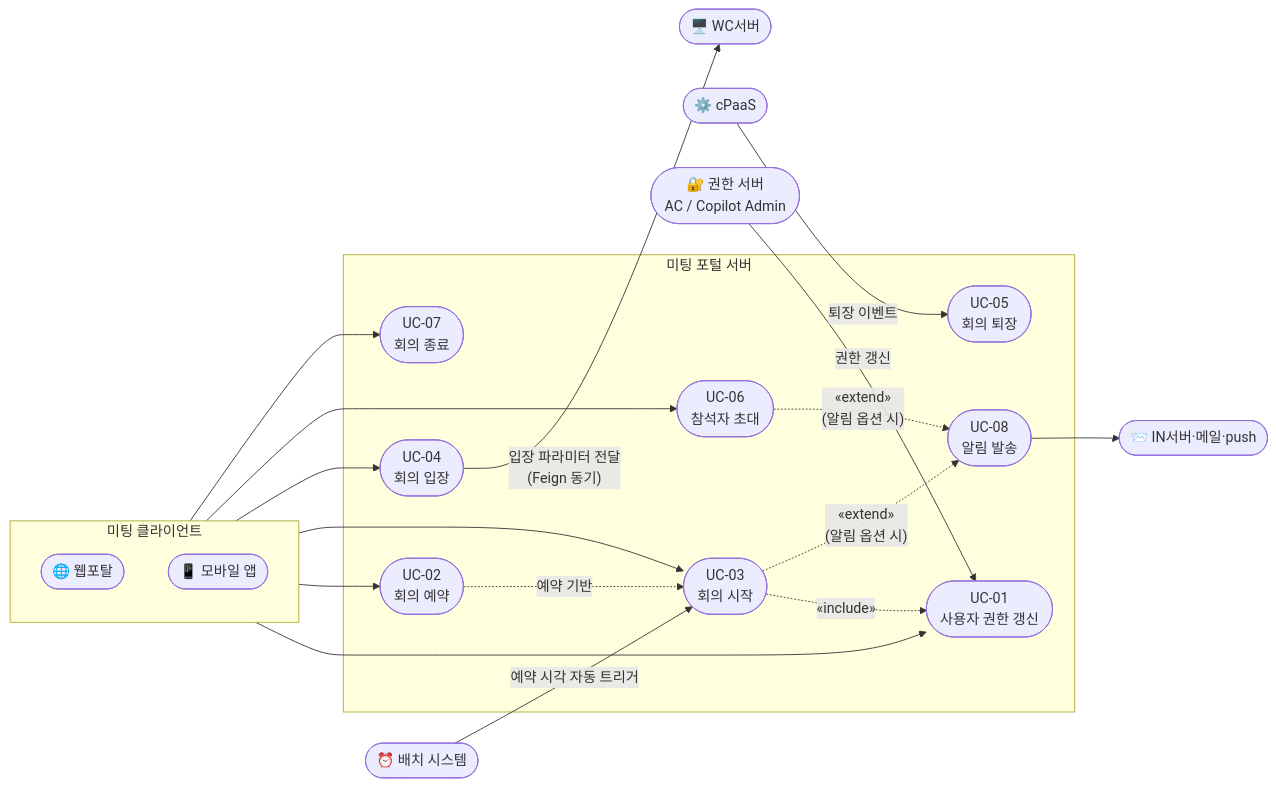
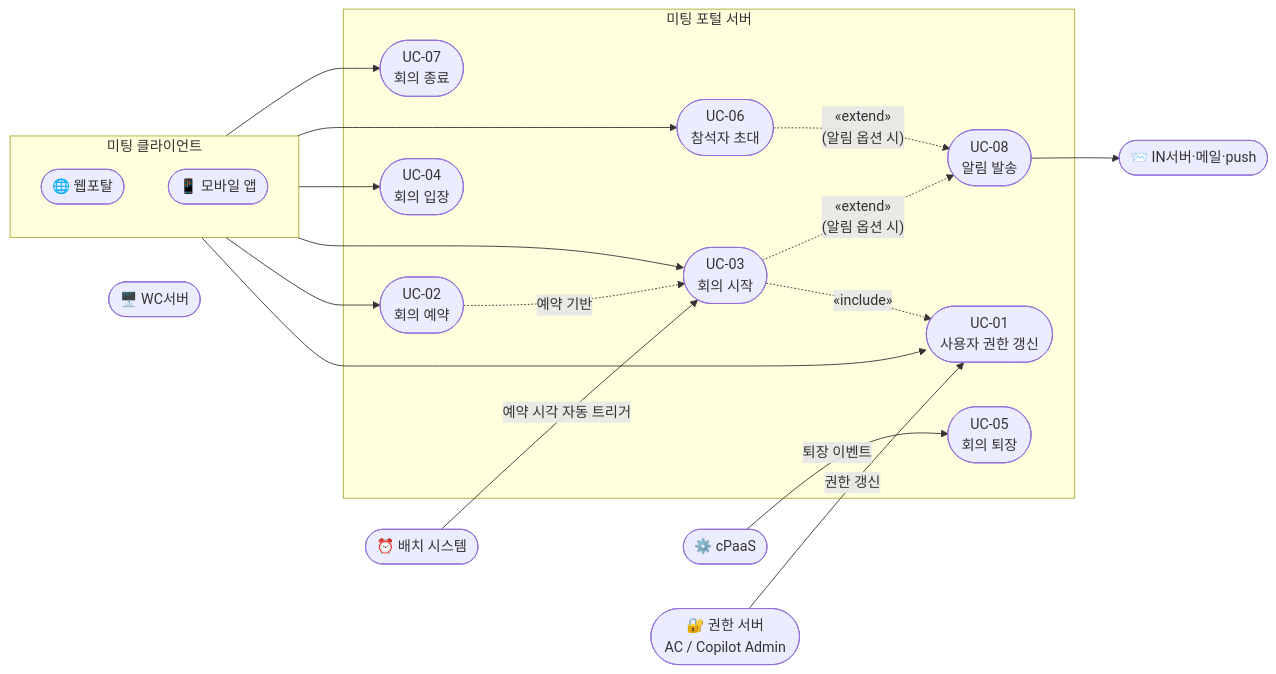
Before and after one commit to sujinnkim/A_Personal: the diagram in docs/03-requirements/2.1-functional/overview.md, drawn with Mermaid. The commit also changed other lines of this file and 28 other files, not shown here.

````diff
--- a/docs/03-requirements/2.1-functional/overview.md
+++ b/docs/03-requirements/2.1-functional/overview.md
@@ -62,43 +62,41 @@
 ```mermaid
 graph LR
     subgraph Clients["미팅 클라이언트"]
         direction TB
         WebPortal(["🌐 웹포탈"])
         MobileApp(["📱 모바일 앱"])
     end
 
     Batch(["⏰ 배치 시스템"])
     cPaaS(["⚙️ cPaaS"])
     AuthServer(["🔐 권한 서버\nAC / Copilot Admin"])
     WCServer(["🖥️ WC서버"])
     InServer(["📨 IN서버·메일·push"])
 
     subgraph MeetingPortal["미팅 포털 서버"]
         UC01(["UC-01\n사용자 권한 갱신"])
         UC02(["UC-02\n회의 예약"])
         UC03(["UC-03\n회의 시작"])
         UC04(["UC-04\n회의 입장"])
         UC05(["UC-05\n회의 퇴장"])
         UC06(["UC-06\n참석자 초대"])
         UC07(["UC-07\n회의 종료"])
         UC08(["UC-08\n알림 발송"])
     end
 
     Clients --> UC01
     Clients --> UC02
     Clients --> UC03
     Clients --> UC04
     Clients --> UC06
     Clients --> UC07
 
     UC02 -.->|"예약 기반"| UC03
     Batch -->|"예약 시각 자동 트리거"| UC03
     cPaaS -->|"퇴장 이벤트"| UC05
     AuthServer -->|"권한 갱신"| UC01
-    UC04 -->|"입장 파라미터 전달\n(Feign 동기)"| WCServer
-
     UC03 -.->|"«include»"| UC01
     UC03 -.->|"«extend»\n(알림 옵션 시)"| UC08
     UC06 -.->|"«extend»\n(알림 옵션 시)"| UC08
     UC08 --> InServer
 ```
````
